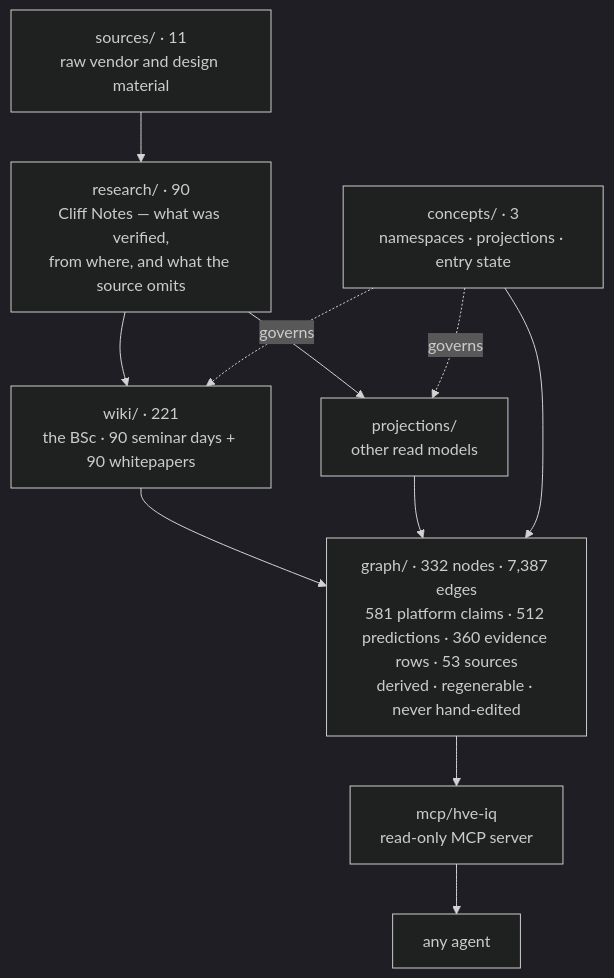
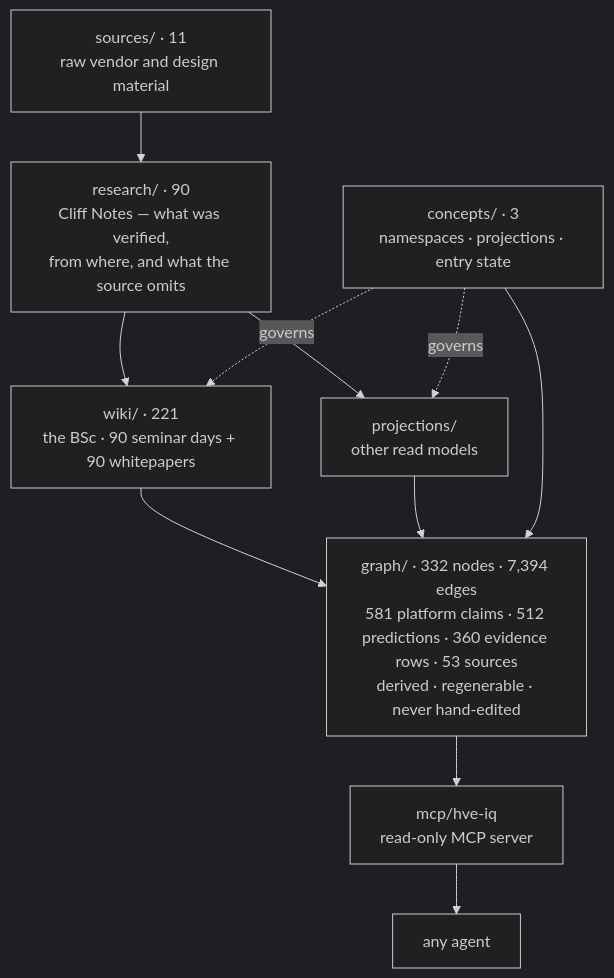
Before and after one commit to venturemavenwill/high-velocity-engineering: the diagram in README.md, drawn with Mermaid (dark theme). The commit also changed other lines of this file and 72 other files, not shown here.

````diff
--- a/README.md
+++ b/README.md
@@ -13,14 +13,14 @@
 ```mermaid
 flowchart TD
   S["sources/ · 11<br/>raw vendor and design material"] --> R
   R["research/ · 90<br/>Cliff Notes — what was verified,<br/>from where, and what the source omits"] --> W
   R --> P
   W["wiki/ · 221<br/>the BSc · 90 seminar days + 90 whitepapers"]
   P["projections/<br/>other read models"]
   C["concepts/ · 3<br/>namespaces · projections · entry state"] -.governs.-> W
   C -.governs.-> P
   W --> G
   P --> G
   C --> G
-  G["graph/ · 332 nodes · 7,387 edges<br/>581 platform claims · 512 predictions · 360 evidence rows · 53 sources<br/>derived · regenerable · never hand-edited"] --> M["mcp/hve-iq<br/>read-only MCP server"] --> A["any agent"]
+  G["graph/ · 332 nodes · 7,394 edges<br/>581 platform claims · 512 predictions · 360 evidence rows · 53 sources<br/>derived · regenerable · never hand-edited"] --> M["mcp/hve-iq<br/>read-only MCP server"] --> A["any agent"]
 ```
````
